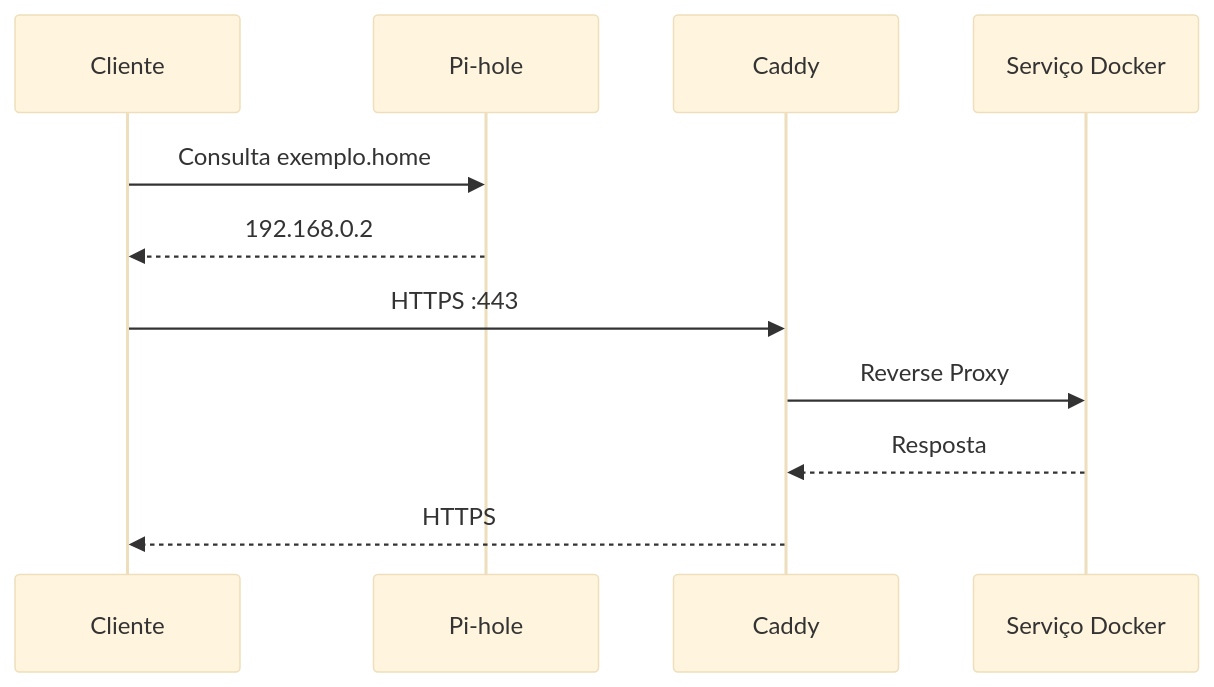
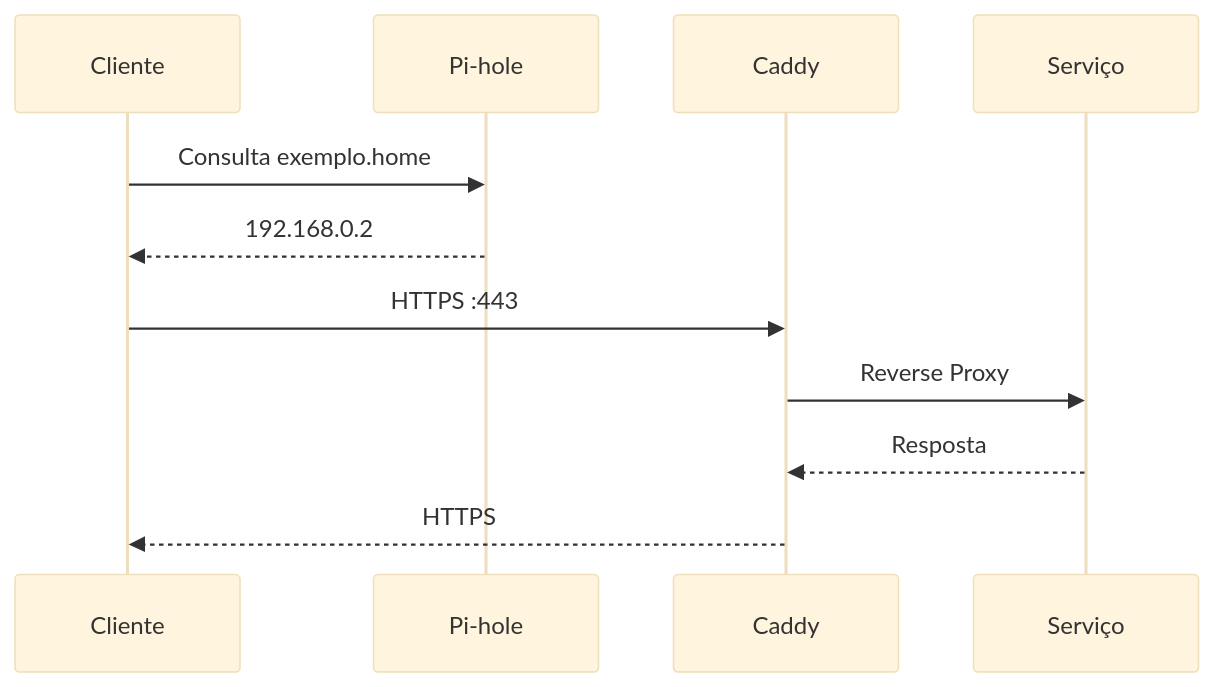
Before and after one commit to satrohoria/homelab-infra: the second of 12 diagrams in docs/architecture.md, drawn with Mermaid (base theme). The commit also changed other lines of this file and 3 other files, not shown here.

Commit message:
Update homelab architecture and hardening docs

````diff
--- a/docs/architecture.md
+++ b/docs/architecture.md
@@ -78,16 +150,16 @@
 ```mermaid
 sequenceDiagram
 
     participant C as Cliente
     participant P as Pi-hole
     participant CA as Caddy
-    participant S as Serviço Docker
+    participant S as Serviço
 
     C->>P: Consulta exemplo.home
     P-->>C: 192.168.0.2
 
     C->>CA: HTTPS :443
     CA->>S: Reverse Proxy
     S-->>CA: Resposta
     CA-->>C: HTTPS
 ```
````
